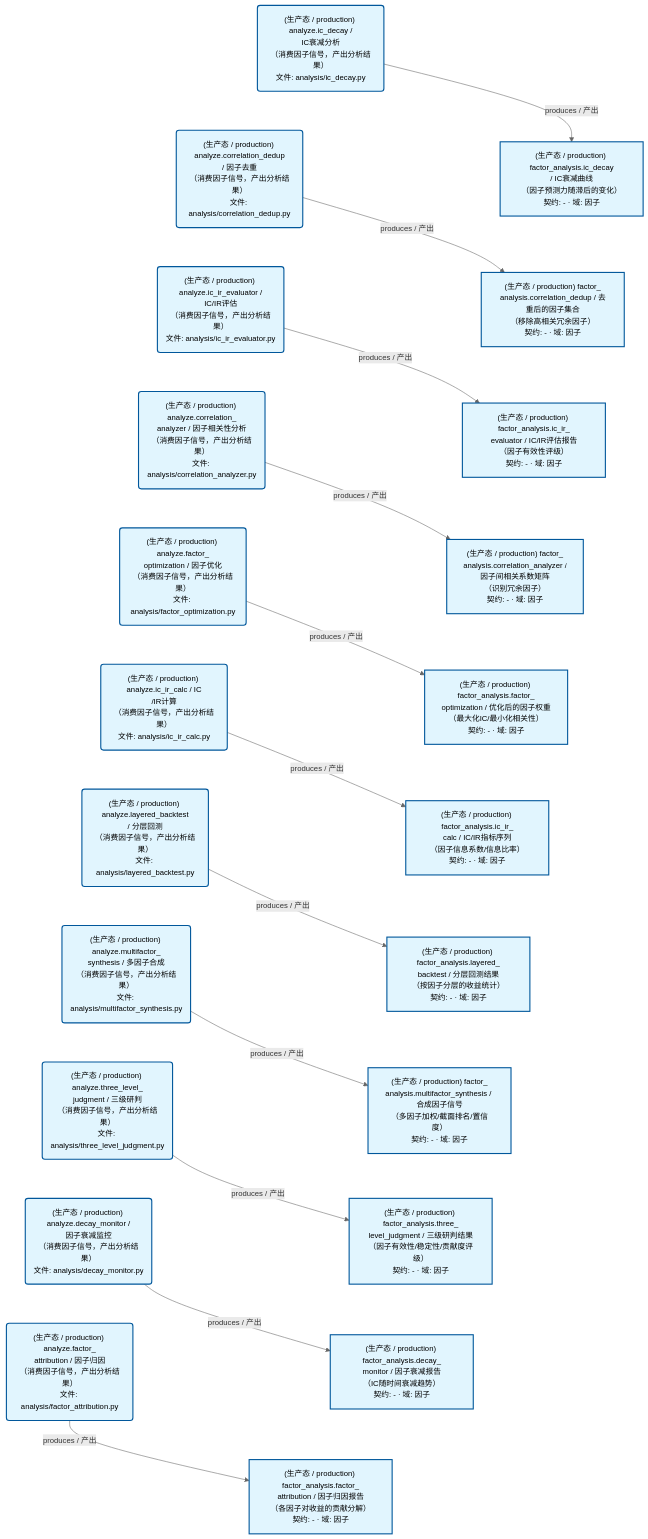
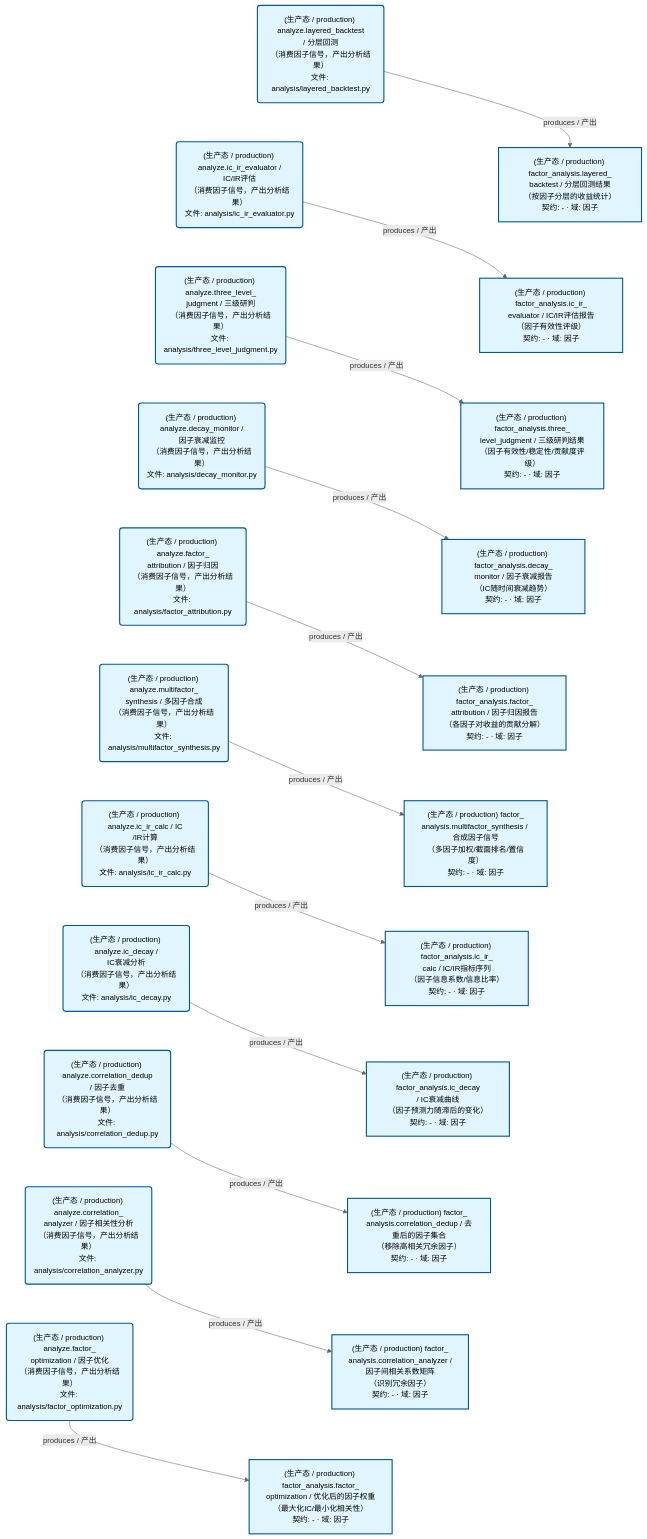
The second of 3 diagrams in docs/02_enterprise_architecture/05_dataflow_architecture/d_factor_analysis.md (xuanFelixVan/ZephyrAlpha), drawn with Mermaid before and after one commit. The commit also changed other lines of this file and 123 other files, not shown here.

````diff
--- a/docs/02_enterprise_architecture/05_dataflow_architecture/d_factor_analysis.md
+++ b/docs/02_enterprise_architecture/05_dataflow_architecture/d_factor_analysis.md
@@ -122,62 +122,62 @@
 ```mermaid
 %%{init: {'theme': 'base', 'themeVariables': {'primaryColor': '#eaeaea', 'primaryTextColor': '#333333', 'primaryBorderColor': '#666666', 'lineColor': '#666666', 'secondaryColor': '#eaeaea', 'tertiaryColor': '#eaeaea', 'clusterBkg': 'transparent', 'clusterBorder': 'transparent', 'fontSize': '14px'}}}%%
 flowchart TD
-    DS31215["(生产态 / production) factor_<br/>analysis.correlation_analyzer /<br/>因子间相关系数矩阵<br/>（识别冗余因子）<br/>契约: - · 域: 因子"]
-    DS31216["(生产态 / production) factor_<br/>analysis.correlation_dedup / 去重后的因子集合<br/>（移除高相关冗余因子）<br/>契约: - · 域: 因子"]
-    DS31217["(生产态 / production) factor_analysis.decay_<br/>monitor / 因子衰减报告<br/>（IC随时间衰减趋势）<br/>契约: - · 域: 因子"]
-    DS31218["(生产态 / production) factor_analysis.factor_<br/>attribution / 因子归因报告<br/>（各因子对收益的贡献分解）<br/>契约: - · 域: 因子"]
-    DS31219["(生产态 / production) factor_analysis.factor_<br/>optimization / 优化后的因子权重<br/>（最大化IC/最小化相关性）<br/>契约: - · 域: 因子"]
-    DS31220["(生产态 / production) factor_analysis.ic_decay<br/>/ IC衰减曲线<br/>（因子预测力随滞后的变化）<br/>契约: - · 域: 因子"]
-    DS31221["(生产态 / production) factor_analysis.ic_ir_<br/>calc / IC/IR指标序列<br/>（因子信息系数/信息比率）<br/>契约: - · 域: 因子"]
-    DS31222["(生产态 / production) factor_analysis.ic_ir_<br/>evaluator / IC/IR评估报告<br/>（因子有效性评级）<br/>契约: - · 域: 因子"]
-    DS31223["(生产态 / production) factor_analysis.layered_<br/>backtest / 分层回测结果<br/>（按因子分层的收益统计）<br/>契约: - · 域: 因子"]
-    DS31224["(生产态 / production) factor_<br/>analysis.multifactor_synthesis / 合成因子信号<br/>（多因子加权/截面排名/置信度）<br/>契约: - · 域: 因子"]
-    DS31225["(生产态 / production) factor_analysis.three_<br/>level_judgment / 三级研判结果<br/>（因子有效性/稳定性/贡献度评级）<br/>契约: - · 域: 因子"]
-    JOB1154388("(生产态 / production) analyze.correlation_<br/>analyzer / 因子相关性分析<br/>（消费因子信号，产出分析结果）<br/>文件: analysis/correlation_analyzer.py")
-    JOB1154389("(生产态 / production) analyze.correlation_dedup<br/>/ 因子去重<br/>（消费因子信号，产出分析结果）<br/>文件: analysis/correlation_dedup.py")
-    JOB1154390("(生产态 / production) analyze.decay_monitor /<br/>因子衰减监控<br/>（消费因子信号，产出分析结果）<br/>文件: analysis/decay_monitor.py")
-    JOB1154391("(生产态 / production) analyze.factor_<br/>attribution / 因子归因<br/>（消费因子信号，产出分析结果）<br/>文件: analysis/factor_attribution.py")
-    JOB1154392("(生产态 / production) analyze.factor_<br/>optimization / 因子优化<br/>（消费因子信号，产出分析结果）<br/>文件: analysis/factor_optimization.py")
-    JOB1154393("(生产态 / production) analyze.ic_decay /<br/>IC衰减分析<br/>（消费因子信号，产出分析结果）<br/>文件: analysis/ic_decay.py")
-    JOB1154394("(生产态 / production) analyze.ic_ir_calc / IC<br/>/IR计算<br/>（消费因子信号，产出分析结果）<br/>文件: analysis/ic_ir_calc.py")
-    JOB1154395("(生产态 / production) analyze.ic_ir_evaluator /<br/>IC/IR评估<br/>（消费因子信号，产出分析结果）<br/>文件: analysis/ic_ir_evaluator.py")
-    JOB1154396("(生产态 / production) analyze.layered_backtest<br/>/ 分层回测<br/>（消费因子信号，产出分析结果）<br/>文件: analysis/layered_backtest.py")
-    JOB1154397("(生产态 / production) analyze.multifactor_<br/>synthesis / 多因子合成<br/>（消费因子信号，产出分析结果）<br/>文件: analysis/multifactor_synthesis.py")
-    JOB1154398("(生产态 / production) analyze.three_level_<br/>judgment / 三级研判<br/>（消费因子信号，产出分析结果）<br/>文件: analysis/three_level_judgment.py")
-    JOB1154388 -->|produces / 产出| DS31215
-    JOB1154389 -->|produces / 产出| DS31216
-    JOB1154390 -->|produces / 产出| DS31217
-    JOB1154391 -->|produces / 产出| DS31218
-    JOB1154392 -->|produces / 产出| DS31219
-    JOB1154393 -->|produces / 产出| DS31220
-    JOB1154394 -->|produces / 产出| DS31221
-    JOB1154395 -->|produces / 产出| DS31222
-    JOB1154396 -->|produces / 产出| DS31223
-    JOB1154397 -->|produces / 产出| DS31224
-    JOB1154398 -->|produces / 产出| DS31225
-    JOB1154393 ~~~ JOB1154389
-    JOB1154389 ~~~ JOB1154395
-    JOB1154395 ~~~ JOB1154388
-    JOB1154388 ~~~ JOB1154392
-    JOB1154392 ~~~ JOB1154394
-    JOB1154394 ~~~ JOB1154396
-    JOB1154396 ~~~ JOB1154397
-    JOB1154397 ~~~ JOB1154398
-    JOB1154398 ~~~ JOB1154390
-    JOB1154390 ~~~ JOB1154391
-    DS31220 ~~~ DS31216
-    DS31216 ~~~ DS31222
-    DS31222 ~~~ DS31215
-    DS31215 ~~~ DS31219
-    DS31219 ~~~ DS31221
-    DS31221 ~~~ DS31223
-    DS31223 ~~~ DS31224
-    DS31224 ~~~ DS31225
-    DS31225 ~~~ DS31217
-    DS31217 ~~~ DS31218
+    DS32583["(生产态 / production) factor_<br/>analysis.correlation_analyzer /<br/>因子间相关系数矩阵<br/>（识别冗余因子）<br/>契约: - · 域: 因子"]
+    DS32584["(生产态 / production) factor_<br/>analysis.correlation_dedup / 去重后的因子集合<br/>（移除高相关冗余因子）<br/>契约: - · 域: 因子"]
+    DS32585["(生产态 / production) factor_analysis.decay_<br/>monitor / 因子衰减报告<br/>（IC随时间衰减趋势）<br/>契约: - · 域: 因子"]
+    DS32586["(生产态 / production) factor_analysis.factor_<br/>attribution / 因子归因报告<br/>（各因子对收益的贡献分解）<br/>契约: - · 域: 因子"]
+    DS32587["(生产态 / production) factor_analysis.factor_<br/>optimization / 优化后的因子权重<br/>（最大化IC/最小化相关性）<br/>契约: - · 域: 因子"]
+    DS32588["(生产态 / production) factor_analysis.ic_decay<br/>/ IC衰减曲线<br/>（因子预测力随滞后的变化）<br/>契约: - · 域: 因子"]
+    DS32589["(生产态 / production) factor_analysis.ic_ir_<br/>calc / IC/IR指标序列<br/>（因子信息系数/信息比率）<br/>契约: - · 域: 因子"]
+    DS32590["(生产态 / production) factor_analysis.ic_ir_<br/>evaluator / IC/IR评估报告<br/>（因子有效性评级）<br/>契约: - · 域: 因子"]
+    DS32591["(生产态 / production) factor_analysis.layered_<br/>backtest / 分层回测结果<br/>（按因子分层的收益统计）<br/>契约: - · 域: 因子"]
+    DS32592["(生产态 / production) factor_<br/>analysis.multifactor_synthesis / 合成因子信号<br/>（多因子加权/截面排名/置信度）<br/>契约: - · 域: 因子"]
+    DS32593["(生产态 / production) factor_analysis.three_<br/>level_judgment / 三级研判结果<br/>（因子有效性/稳定性/贡献度评级）<br/>契约: - · 域: 因子"]
+    JOB1192380("(生产态 / production) analyze.correlation_<br/>analyzer / 因子相关性分析<br/>（消费因子信号，产出分析结果）<br/>文件: analysis/correlation_analyzer.py")
+    JOB1192381("(生产态 / production) analyze.correlation_dedup<br/>/ 因子去重<br/>（消费因子信号，产出分析结果）<br/>文件: analysis/correlation_dedup.py")
+    JOB1192382("(生产态 / production) analyze.decay_monitor /<br/>因子衰减监控<br/>（消费因子信号，产出分析结果）<br/>文件: analysis/decay_monitor.py")
+    JOB1192383("(生产态 / production) analyze.factor_<br/>attribution / 因子归因<br/>（消费因子信号，产出分析结果）<br/>文件: analysis/factor_attribution.py")
+    JOB1192384("(生产态 / production) analyze.factor_<br/>optimization / 因子优化<br/>（消费因子信号，产出分析结果）<br/>文件: analysis/factor_optimization.py")
+    JOB1192385("(生产态 / production) analyze.ic_decay /<br/>IC衰减分析<br/>（消费因子信号，产出分析结果）<br/>文件: analysis/ic_decay.py")
+    JOB1192386("(生产态 / production) analyze.ic_ir_calc / IC<br/>/IR计算<br/>（消费因子信号，产出分析结果）<br/>文件: analysis/ic_ir_calc.py")
+    JOB1192387("(生产态 / production) analyze.ic_ir_evaluator /<br/>IC/IR评估<br/>（消费因子信号，产出分析结果）<br/>文件: analysis/ic_ir_evaluator.py")
+    JOB1192388("(生产态 / production) analyze.layered_backtest<br/>/ 分层回测<br/>（消费因子信号，产出分析结果）<br/>文件: analysis/layered_backtest.py")
+    JOB1192389("(生产态 / production) analyze.multifactor_<br/>synthesis / 多因子合成<br/>（消费因子信号，产出分析结果）<br/>文件: analysis/multifactor_synthesis.py")
+    JOB1192390("(生产态 / production) analyze.three_level_<br/>judgment / 三级研判<br/>（消费因子信号，产出分析结果）<br/>文件: analysis/three_level_judgment.py")
+    JOB1192380 -->|produces / 产出| DS32583
+    JOB1192381 -->|produces / 产出| DS32584
+    JOB1192382 -->|produces / 产出| DS32585
+    JOB1192383 -->|produces / 产出| DS32586
+    JOB1192384 -->|produces / 产出| DS32587
+    JOB1192385 -->|produces / 产出| DS32588
+    JOB1192386 -->|produces / 产出| DS32589
+    JOB1192387 -->|produces / 产出| DS32590
+    JOB1192388 -->|produces / 产出| DS32591
+    JOB1192389 -->|produces / 产出| DS32592
+    JOB1192390 -->|produces / 产出| DS32593
+    JOB1192388 ~~~ JOB1192387
+    JOB1192387 ~~~ JOB1192390
+    JOB1192390 ~~~ JOB1192382
+    JOB1192382 ~~~ JOB1192383
+    JOB1192383 ~~~ JOB1192389
+    JOB1192389 ~~~ JOB1192386
+    JOB1192386 ~~~ JOB1192385
+    JOB1192385 ~~~ JOB1192381
+    JOB1192381 ~~~ JOB1192380
+    JOB1192380 ~~~ JOB1192384
+    DS32591 ~~~ DS32590
+    DS32590 ~~~ DS32593
+    DS32593 ~~~ DS32585
+    DS32585 ~~~ DS32586
+    DS32586 ~~~ DS32592
+    DS32592 ~~~ DS32589
+    DS32589 ~~~ DS32588
+    DS32588 ~~~ DS32584
+    DS32584 ~~~ DS32583
+    DS32583 ~~~ DS32587
     classDef production fill:#e1f5fe,stroke:#01579b,stroke-width:2px,color:#000
     classDef design fill:#fff3e0,stroke:#e65100,stroke-width:2px,color:#000,stroke-dasharray: 5 5
     classDef external_prod fill:#e8f4fd,stroke:#0277bd,stroke-width:1px,color:#000
     classDef external_design fill:#fff8e7,stroke:#ef6c00,stroke-width:1px,color:#000,stroke-dasharray: 5 5
-    class DS31215,DS31216,DS31217,DS31218,DS31219,DS31220,DS31221,DS31222,DS31223,DS31224,DS31225,JOB1154388,JOB1154389,JOB1154390,JOB1154391,JOB1154392,JOB1154393,JOB1154394,JOB1154395,JOB1154396,JOB1154397,JOB1154398 production
+    class DS32583,DS32584,DS32585,DS32586,DS32587,DS32588,DS32589,DS32590,DS32591,DS32592,DS32593,JOB1192380,JOB1192381,JOB1192382,JOB1192383,JOB1192384,JOB1192385,JOB1192386,JOB1192387,JOB1192388,JOB1192389,JOB1192390 production
 ```
````
